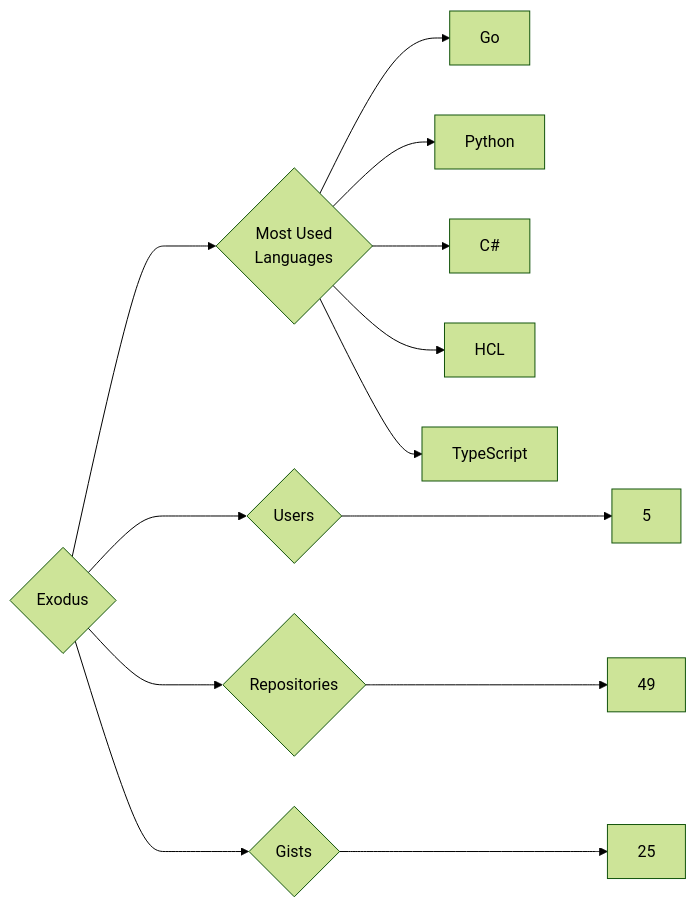
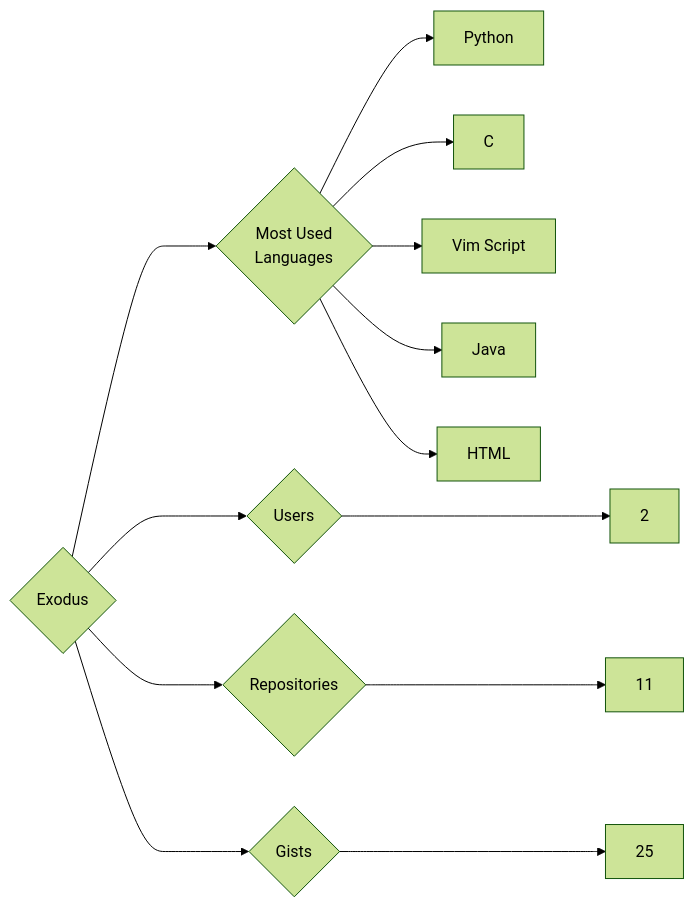
One commit to trickest/insiders changed the diagram in targets/Exodus/README.md. Above: the diagram before and after it, drawn with Mermaid (forest theme). The commit also changed 1003 other files, not shown here.

````diff
--- a/targets/Exodus/README.md
+++ b/targets/Exodus/README.md
@@ -3,13 +3,13 @@
 ```mermaid
 graph LR
 COMPANY_NAME{Exodus}
-COMPANY_NAME ---> U{Users} ---> UN[5]
-COMPANY_NAME ---> R{Repositories} ---> RN[49]
+COMPANY_NAME ---> U{Users} ---> UN[2]
+COMPANY_NAME ---> R{Repositories} ---> RN[11]
 COMPANY_NAME ---> G{Gists} ---> GN[25]
 COMPANY_NAME ---> ML{Most Used<br>Languages}
-ML --> Go[Go]
 ML --> Python[Python]
-ML --> C#[C#]
-ML --> HCL[HCL]
-ML --> TypeScript[TypeScript]
+ML --> C[C]
+ML --> Vim_Script[Vim Script]
+ML --> Java[Java]
+ML --> HTML[HTML]
 ```
````
